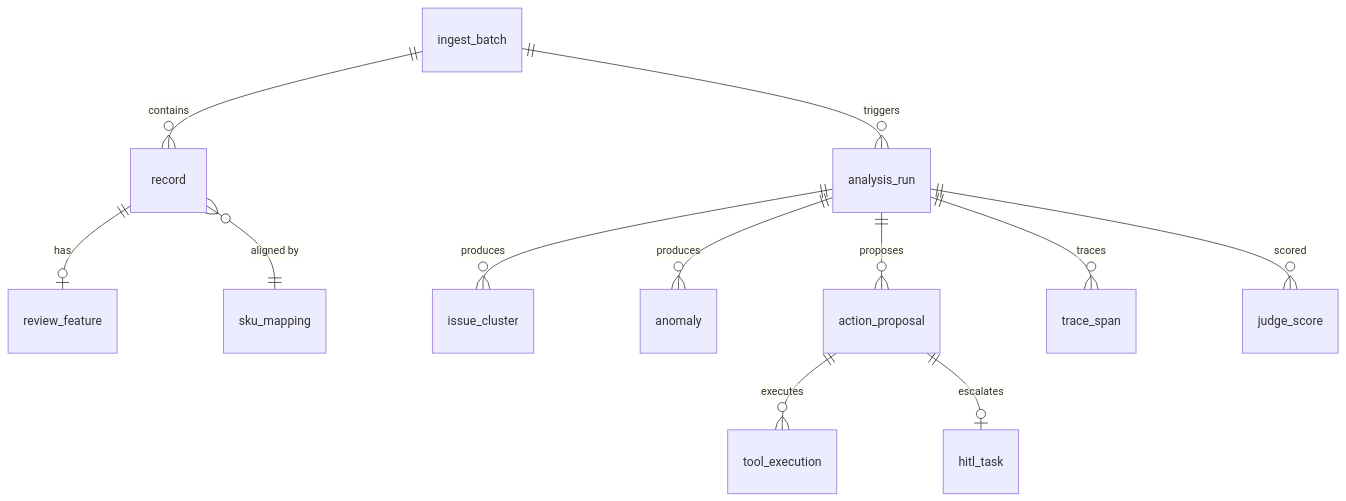
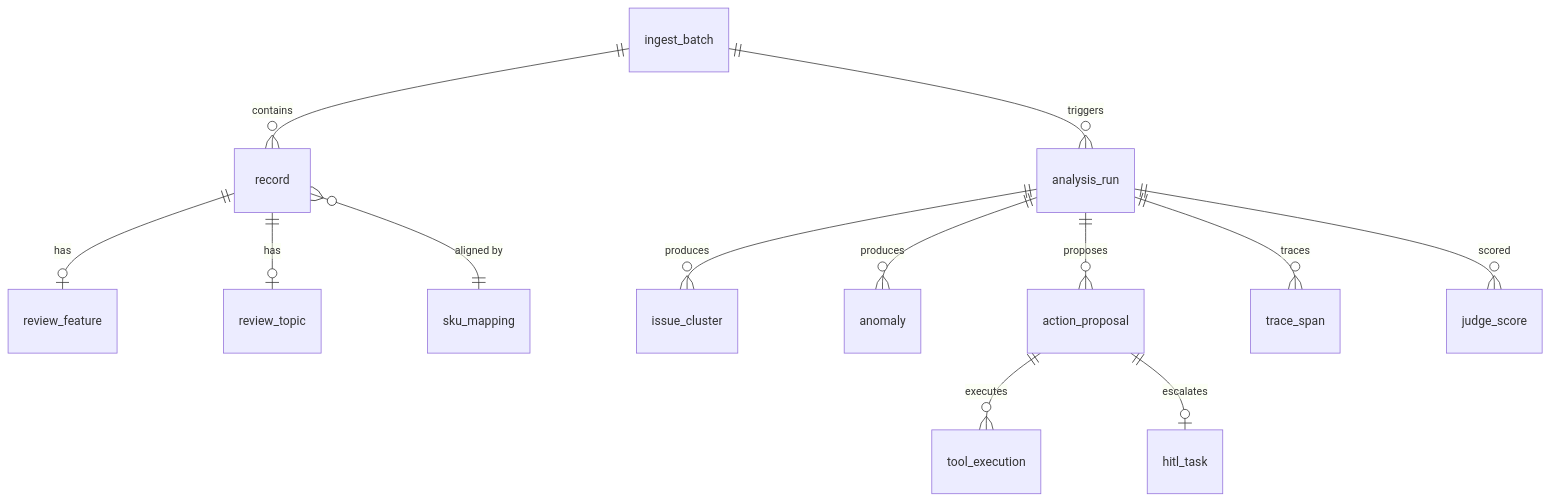
Before and after one commit to Aurora-0813/E-commerce_Operations_Hub: the fourth of 5 diagrams in docs/跨平台电商全息运营中枢_开发文档.md, drawn with Mermaid. The commit also changed other lines of this file and 42 other files, not shown here.

First line of the commit message:
feat: M3 归因链 + 图片元数据剥离 + M2 审计记录

````diff
--- a/docs/跨平台电商全息运营中枢_开发文档.md
+++ b/docs/跨平台电商全息运营中枢_开发文档.md
@@ -1272,14 +1354,15 @@
 ```mermaid
 erDiagram
   ingest_batch ||--o{ record : contains
   record ||--o| review_feature : "has"
+  record ||--o| review_topic : "has"
   record }o--|| sku_mapping : "aligned by"
   ingest_batch ||--o{ analysis_run : triggers
   analysis_run ||--o{ issue_cluster : produces
   analysis_run ||--o{ anomaly : produces
   analysis_run ||--o{ action_proposal : proposes
   action_proposal ||--o{ tool_execution : executes
   action_proposal ||--o| hitl_task : escalates
   analysis_run ||--o{ trace_span : traces
   analysis_run ||--o{ judge_score : scored
 ```
````
